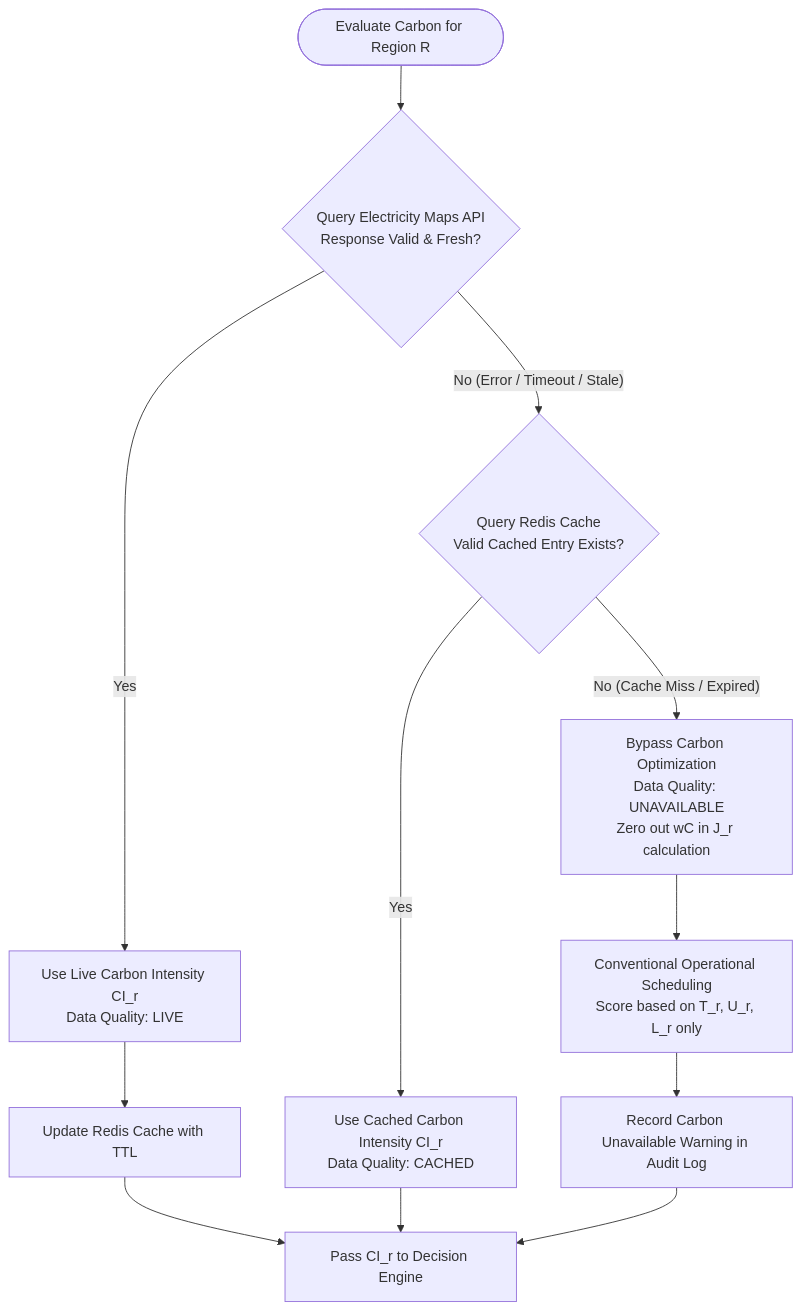
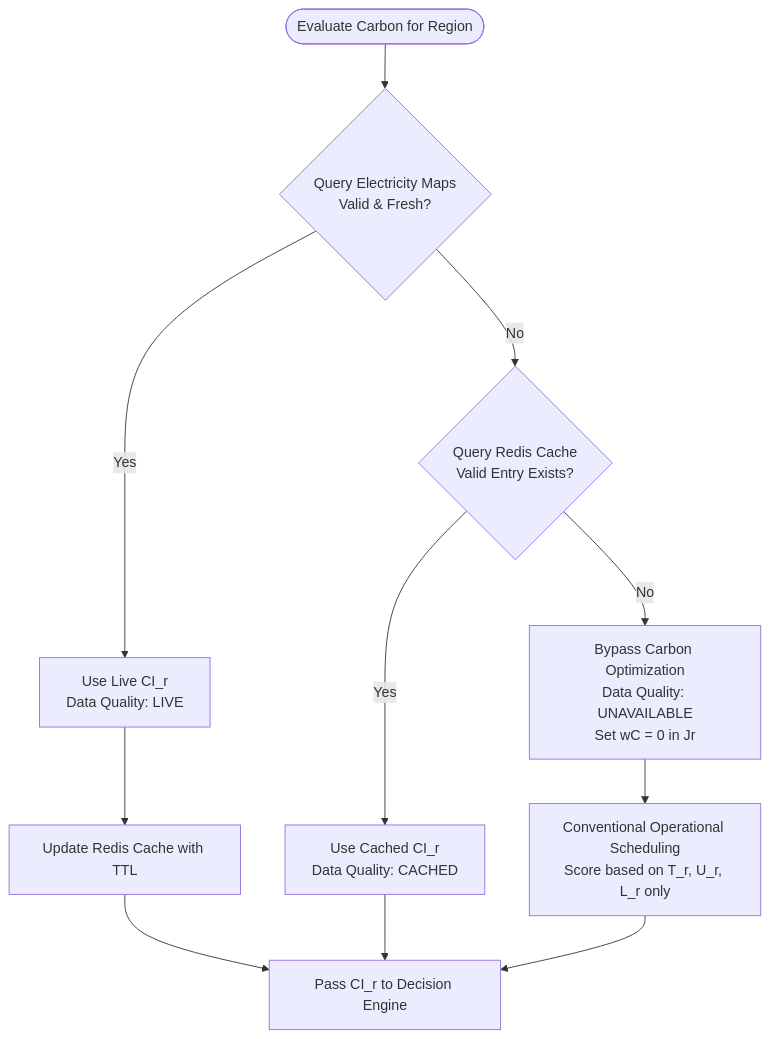
The second of 5 diagrams in docs/architecture/reliability-architecture.md (taneesh-kumar/Eco-Route), drawn with Mermaid before and after one commit. The commit also changed other lines of this file and 6 other files, not shown here.

````diff
--- a/docs/architecture/reliability-architecture.md
+++ b/docs/architecture/reliability-architecture.md
@@ -84,18 +72,17 @@
 ```mermaid
 flowchart TD
-    Start([Evaluate Carbon for Region R]) --> LiveCheck{Query Electricity Maps API<br/>Response Valid & Fresh?}
+    Start([Evaluate Carbon for Region]) --> LiveCheck{Query Electricity Maps<br/>Valid & Fresh?}
     
-    LiveCheck -- Yes --> UseLive[Use Live Carbon Intensity CI_r<br/>Data Quality: LIVE]
+    LiveCheck -- Yes --> UseLive[Use Live CI_r<br/>Data Quality: LIVE]
     UseLive --> CacheStore[Update Redis Cache with TTL]
     CacheStore --> SchedPass[Pass CI_r to Decision Engine]
     
-    LiveCheck -- No (Error / Timeout / Stale) --> CacheCheck{Query Redis Cache<br/>Valid Cached Entry Exists?}
+    LiveCheck -- No --> CacheCheck{Query Redis Cache<br/>Valid Entry Exists?}
     
-    CacheCheck -- Yes --> UseCache[Use Cached Carbon Intensity CI_r<br/>Data Quality: CACHED]
+    CacheCheck -- Yes --> UseCache[Use Cached CI_r<br/>Data Quality: CACHED]
     UseCache --> SchedPass
     
-    CacheCheck -- No (Cache Miss / Expired) --> Bypass[Bypass Carbon Optimization<br/>Data Quality: UNAVAILABLE<br/>Zero out wC in J_r calculation]
+    CacheCheck -- No --> Bypass[Bypass Carbon Optimization<br/>Data Quality: UNAVAILABLE<br/>Set wC = 0 in Jr]
     Bypass --> ConvSched[Conventional Operational Scheduling<br/>Score based on T_r, U_r, L_r only]
-    ConvSched --> AuditWarn[Record Carbon Unavailable Warning in Audit Log]
-    AuditWarn --> SchedPass
+    ConvSched --> SchedPass
 ```
````
